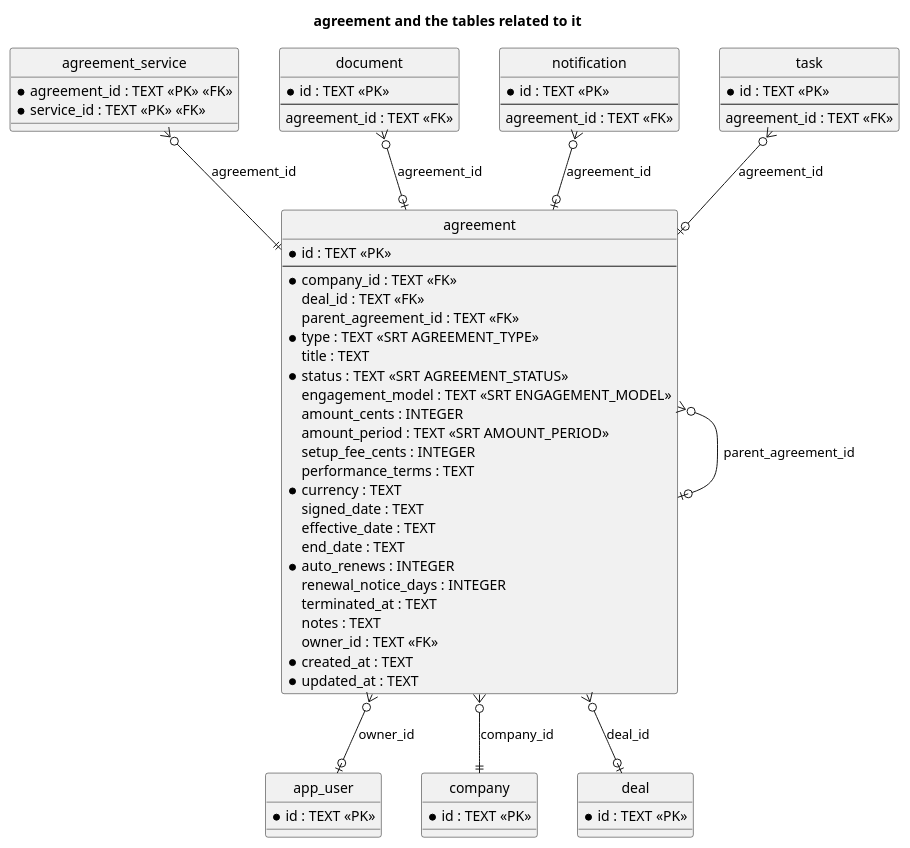
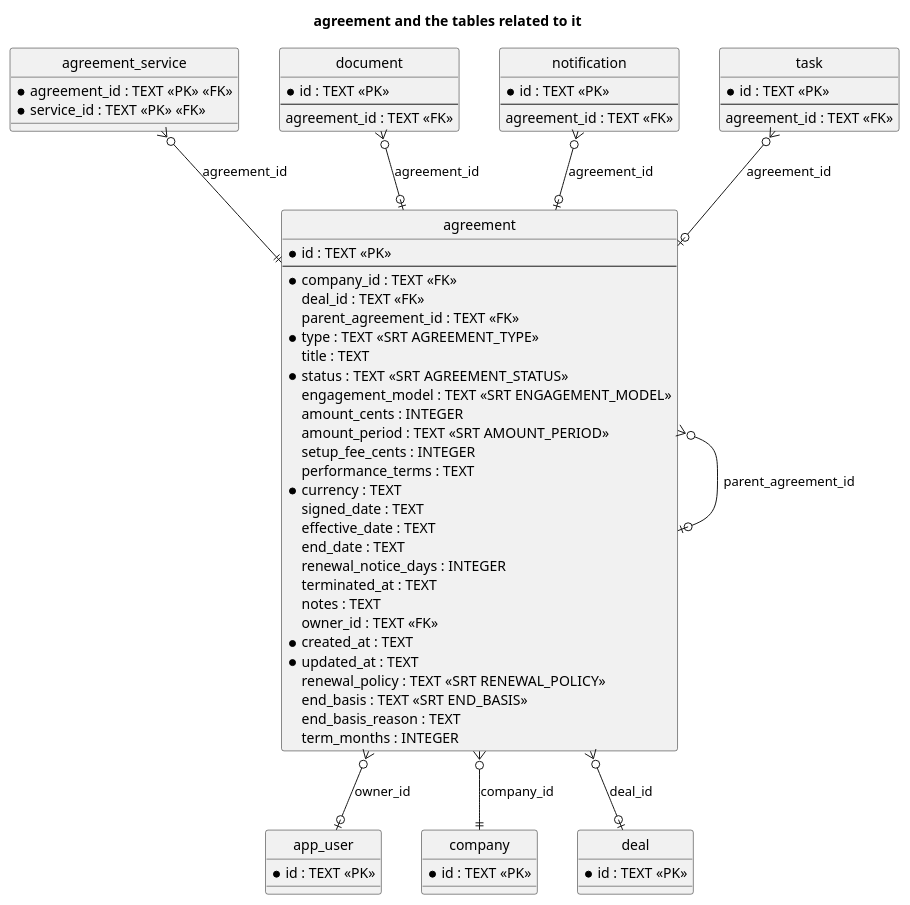
The diagram in doc/uml/erd-agreement.puml (andexor/andexor-carmen-main), drawn with PlantUML before and after one commit. The commit also changed 4 other files, not shown here.

First line of the commit message:
Add the renewal policy of an agreement. Closes #38

```diff
--- a/doc/uml/erd-agreement.puml
+++ b/doc/uml/erd-agreement.puml
@@ -5,77 +5,80 @@
 @startuml erd-agreement
 title agreement and the tables related to it
 hide circle
 skinparam nodesep 40
 skinparam ranksep 60
 
 entity agreement {
   * id : TEXT <<PK>>
   --
   * company_id : TEXT <<FK>>
     deal_id : TEXT <<FK>>
     parent_agreement_id : TEXT <<FK>>
   * type : TEXT <<SRT AGREEMENT_TYPE>>
     title : TEXT
   * status : TEXT <<SRT AGREEMENT_STATUS>>
     engagement_model : TEXT <<SRT ENGAGEMENT_MODEL>>
     amount_cents : INTEGER
     amount_period : TEXT <<SRT AMOUNT_PERIOD>>
     setup_fee_cents : INTEGER
     performance_terms : TEXT
   * currency : TEXT
     signed_date : TEXT
     effective_date : TEXT
     end_date : TEXT
-  * auto_renews : INTEGER
     renewal_notice_days : INTEGER
     terminated_at : TEXT
     notes : TEXT
     owner_id : TEXT <<FK>>
   * created_at : TEXT
   * updated_at : TEXT
+    renewal_policy : TEXT <<SRT RENEWAL_POLICY>>
+    end_basis : TEXT <<SRT END_BASIS>>
+    end_basis_reason : TEXT
+    term_months : INTEGER
 }
 
 entity agreement_service {
   * agreement_id : TEXT <<PK>> <<FK>>
   * service_id : TEXT <<PK>> <<FK>>
 }
 
 entity app_user {
   * id : TEXT <<PK>>
 }
 
 entity company {
   * id : TEXT <<PK>>
 }
 
 entity deal {
   * id : TEXT <<PK>>
 }
 
 entity document {
   * id : TEXT <<PK>>
   --
     agreement_id : TEXT <<FK>>
 }
 
 entity notification {
   * id : TEXT <<PK>>
   --
     agreement_id : TEXT <<FK>>
 }
 
 entity task {
   * id : TEXT <<PK>>
   --
     agreement_id : TEXT <<FK>>
 }
 
 agreement }o--o| app_user : owner_id
 agreement }o--o| agreement : parent_agreement_id
 agreement }o--o| deal : deal_id
 agreement }o--|| company : company_id
 agreement_service }o--|| agreement : agreement_id
 document }o--o| agreement : agreement_id
 notification }o--o| agreement : agreement_id
 task }o--o| agreement : agreement_id
 @enduml
```
